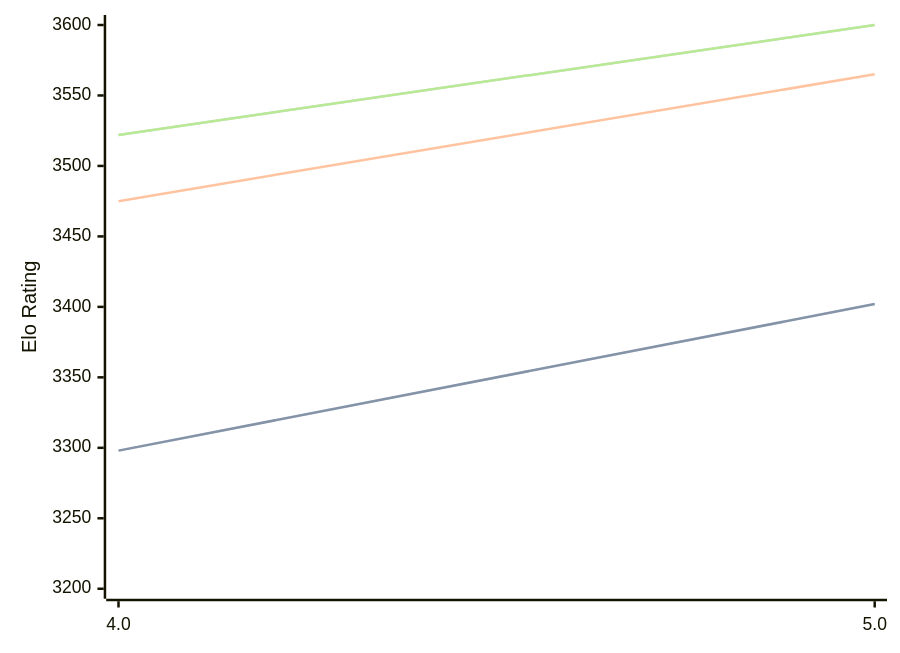
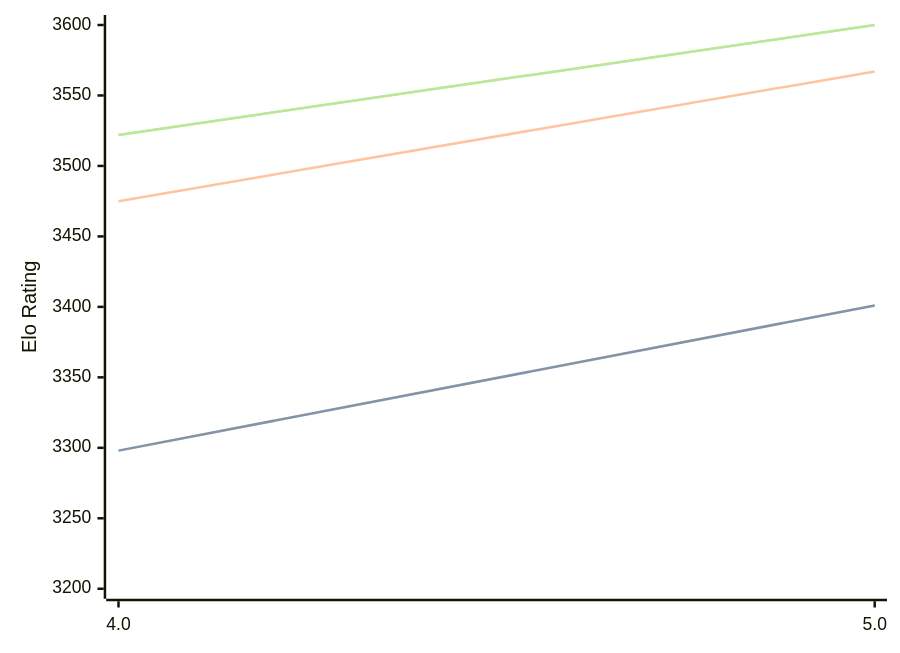
The diagram in engines/Tarnished.md (computer-chess-index/cci), drawn with Mermaid before and after one commit. The commit also changed other lines of this file, not shown here.

Commit message:
Update CCI Ratings (ELO VLTC) - 2026-03-01

````diff
--- a/engines/Tarnished.md
+++ b/engines/Tarnished.md
@@ -34,11 +34,11 @@
 ```mermaid
 %%{init: {"theme":"base","themeVariables":{"seriesColors:['#a3a3a3','#222221','#faa371']}}}%%
 xychart-beta
   x-axis ["4.0", "5.0"]
   y-axis "Elo Rating" 3200 --> 3600
-  line "STC (8.0+0.08s)" [3298, 3402]
-  line "STC (8.0+0.08s)" [3298, 3402]
-  line "LTC (60.0+0.60s)" [3475, 3565]
+  line "STC (8.0+0.08s)" [3298, 3401]
+  line "STC (8.0+0.08s)" [3298, 3401]
+  line "LTC (60.0+0.60s)" [3475, 3567]
   line "VLTC (2m24s+1.12s)" [3522, 3600]
   line "VLTC (2m24s+1.12s)" [3522, 3600]
 ```
````
